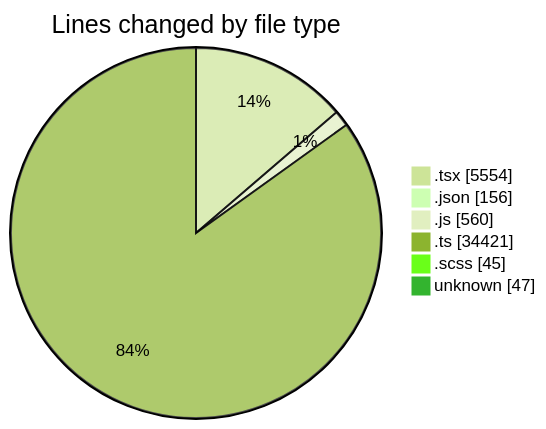
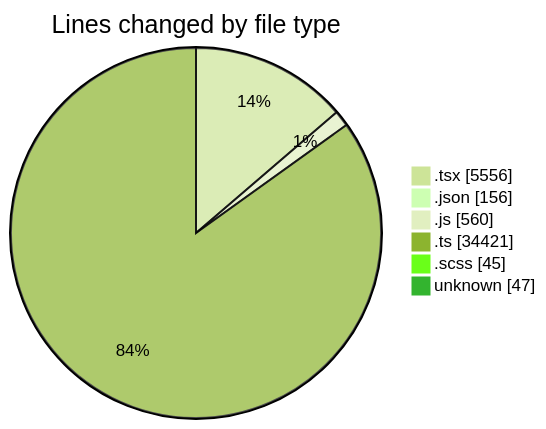
One commit to momahboobian/code-tracking changed the first of 2 diagrams in 2025-11-10/cda/README.md. Above: the diagram before and after it, drawn with Mermaid (forest theme). The commit also changed other lines of this file and 1 other file, not shown here.

````diff
--- a/2025-11-10/cda/README.md
+++ b/2025-11-10/cda/README.md
@@ -47,10 +47,10 @@
 ```mermaid
 pie showData
 title Lines changed by file type
-".tsx" : 5554
+".tsx" : 5556
 ".json" : 156
 ".js" : 560
 ".ts" : 34421
 ".scss" : 45
 "unknown" : 47
 ```
````
